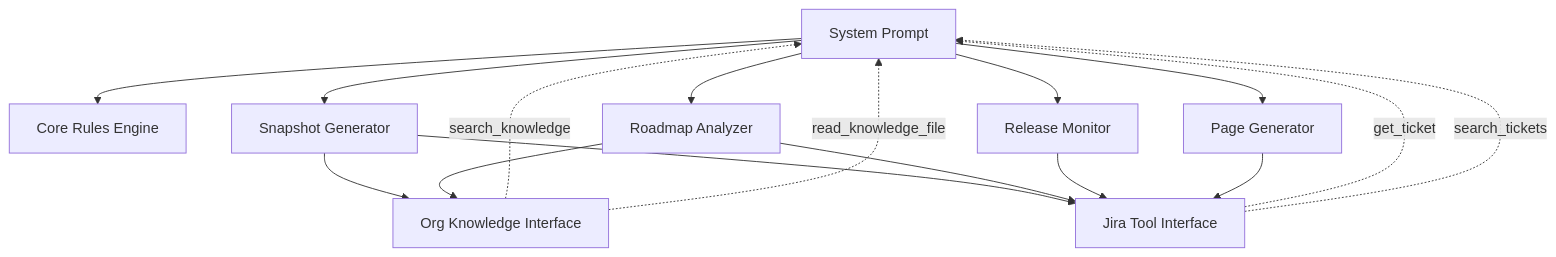
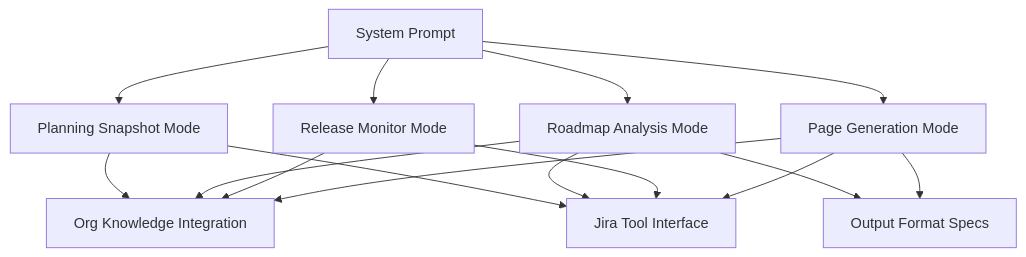
Before and after one commit to jmac-cornelis/agent-workforce: the first of 4 diagrams in docs/agents-gantt-prompts.md, drawn with Mermaid. The commit also changed other lines of this file and 4 other files, not shown here.

````diff
--- a/docs/agents-gantt-prompts.md
+++ b/docs/agents-gantt-prompts.md
@@ -33,29 +29,31 @@
 ```mermaid
 graph TB
     SystemPrompt[System Prompt]
-    CoreRules[Core Rules Engine]
-    SnapshotGen[Snapshot Generator]
-    RoadmapAnalyzer[Roadmap Analyzer]
-    ReleaseMonitor[Release Monitor]
-    PageGenerator[Page Generator]
-    OrgKnowledge[Org Knowledge Interface]
+    
+    PlanningMode[Planning Snapshot Mode]
+    RoadmapMode[Roadmap Analysis Mode]
+    ReleaseMode[Release Monitor Mode]
+    PageGenMode[Page Generation Mode]
+    
+    OrgKnowledge[Org Knowledge Integration]
     JiraTools[Jira Tool Interface]
+    OutputFormats[Output Format Specs]
     
-    SystemPrompt --> CoreRules
-    SystemPrompt --> SnapshotGen
-    SystemPrompt --> RoadmapAnalyzer
-    SystemPrompt --> ReleaseMonitor
-    SystemPrompt --> PageGenerator
+    SystemPrompt --> PlanningMode
+    SystemPrompt --> RoadmapMode
+    SystemPrompt --> ReleaseMode
+    SystemPrompt --> PageGenMode
     
-    SnapshotGen --> OrgKnowledge
-    SnapshotGen --> JiraTools
-    RoadmapAnalyzer --> OrgKnowledge
-    RoadmapAnalyzer --> JiraTools
-    ReleaseMonitor --> JiraTools
-    PageGenerator --> JiraTools
+    PlanningMode --> OrgKnowledge
+    RoadmapMode --> OrgKnowledge
+    ReleaseMode --> OrgKnowledge
+    PageGenMode --> OrgKnowledge
     
-    OrgKnowledge -.->|search_knowledge| SystemPrompt
-    OrgKnowledge -.->|read_knowledge_file| SystemPrompt
-    JiraTools -.->|get_ticket| SystemPrompt
-    JiraTools -.->|search_tickets| SystemPrompt
+    PlanningMode --> JiraTools
+    RoadmapMode --> JiraTools
+    ReleaseMode --> JiraTools
+    PageGenMode --> JiraTools
+    
+    RoadmapMode --> OutputFormats
+    PageGenMode --> OutputFormats
 ```
````
